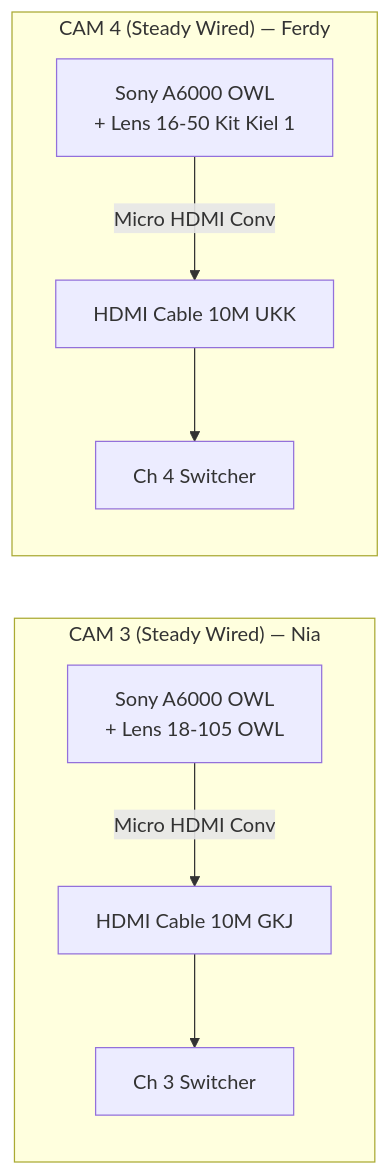
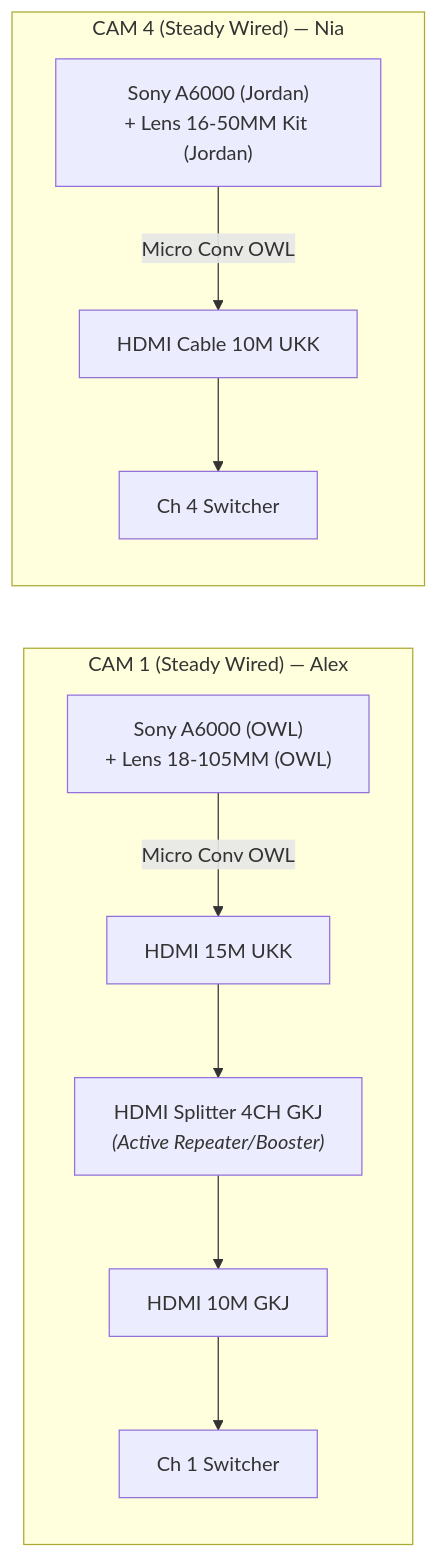
The fourth of 8 diagrams in README.md (zzdree/ip26-production), drawn with Mermaid before and after one commit. The commit also changed other lines of this file and 9 other files, not shown here.

First line of the commit message:
feat: synchronize master architecture, camera routing, and 18-lender inventory (158 items)

````diff
--- a/README.md
+++ b/README.md
@@ -220,12 +203,14 @@
 ```mermaid
 flowchart LR
-    subgraph CAM_3["CAM 3 (Steady Wired) — Nia"]
-        C3["Sony A6000 OWL<br/>+ Lens 18-105 OWL"] -->|Micro HDMI Conv| CAB3["HDMI Cable 10M GKJ"]
-        CAB3 --> SW_IN3["Ch 3 Switcher"]
+    subgraph CAM_1["CAM 1 (Steady Wired) — Alex"]
+        C1["Sony A6000 (OWL)<br/>+ Lens 18-105MM (OWL)"] -->|Micro Conv OWL| CAB1_A["HDMI 15M UKK"]
+        CAB1_A --> SPL_GKJ["HDMI Splitter 4CH GKJ<br/><i>(Active Repeater/Booster)</i>"]
+        SPL_GKJ --> CAB1_B["HDMI 10M GKJ"]
+        CAB1_B --> SW_IN1["Ch 1 Switcher"]
     end
 
-    subgraph CAM_4["CAM 4 (Steady Wired) — Ferdy"]
-        C4["Sony A6000 OWL<br/>+ Lens 16-50 Kit Kiel 1"] -->|Micro HDMI Conv| CAB4["HDMI Cable 10M UKK"]
+    subgraph CAM_4["CAM 4 (Steady Wired) — Nia"]
+        C4["Sony A6000 (Jordan)<br/>+ Lens 16-50MM Kit (Jordan)"] -->|Micro Conv OWL| CAB4["HDMI Cable 10M UKK"]
         CAB4 --> SW_IN4["Ch 4 Switcher"]
     end
 ```
````
